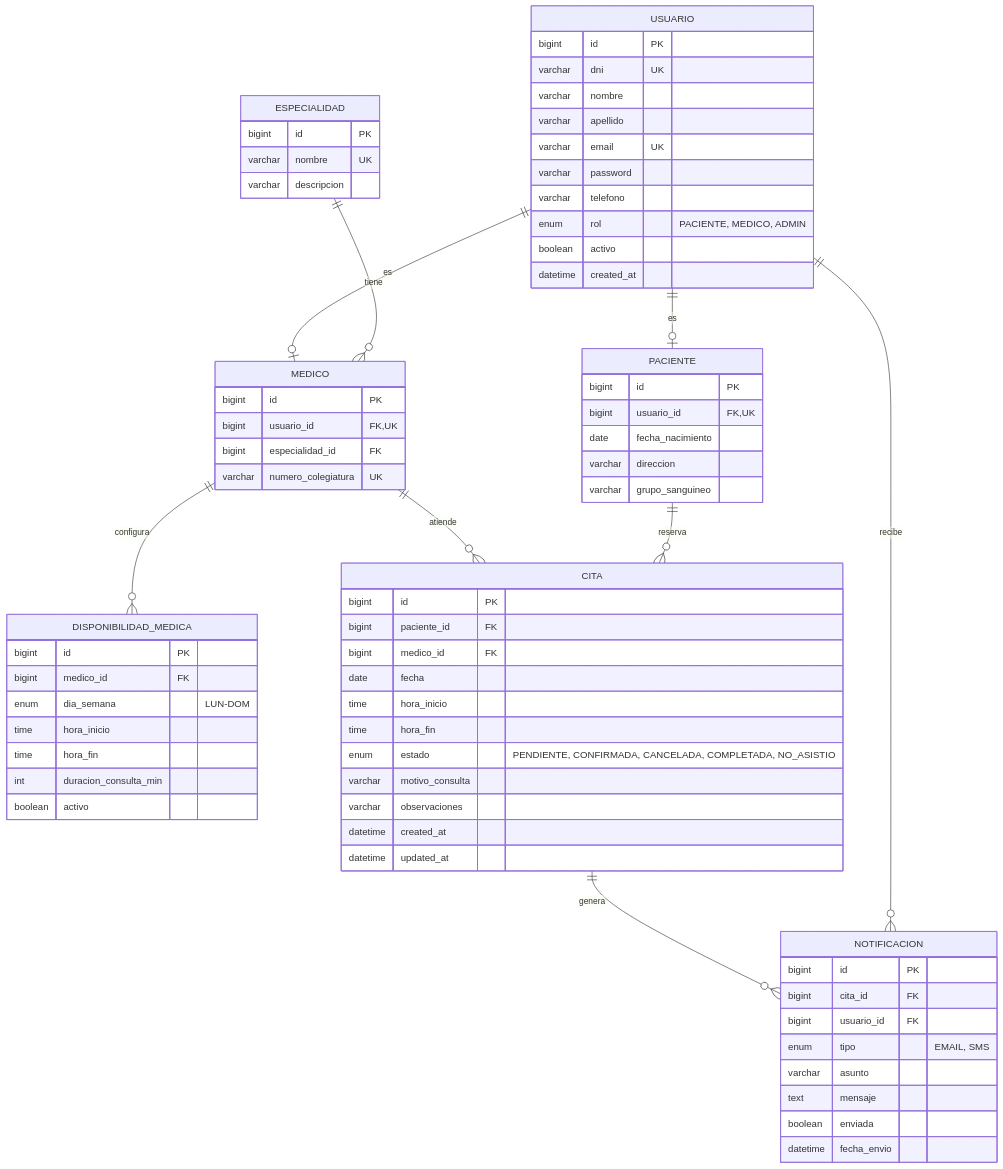
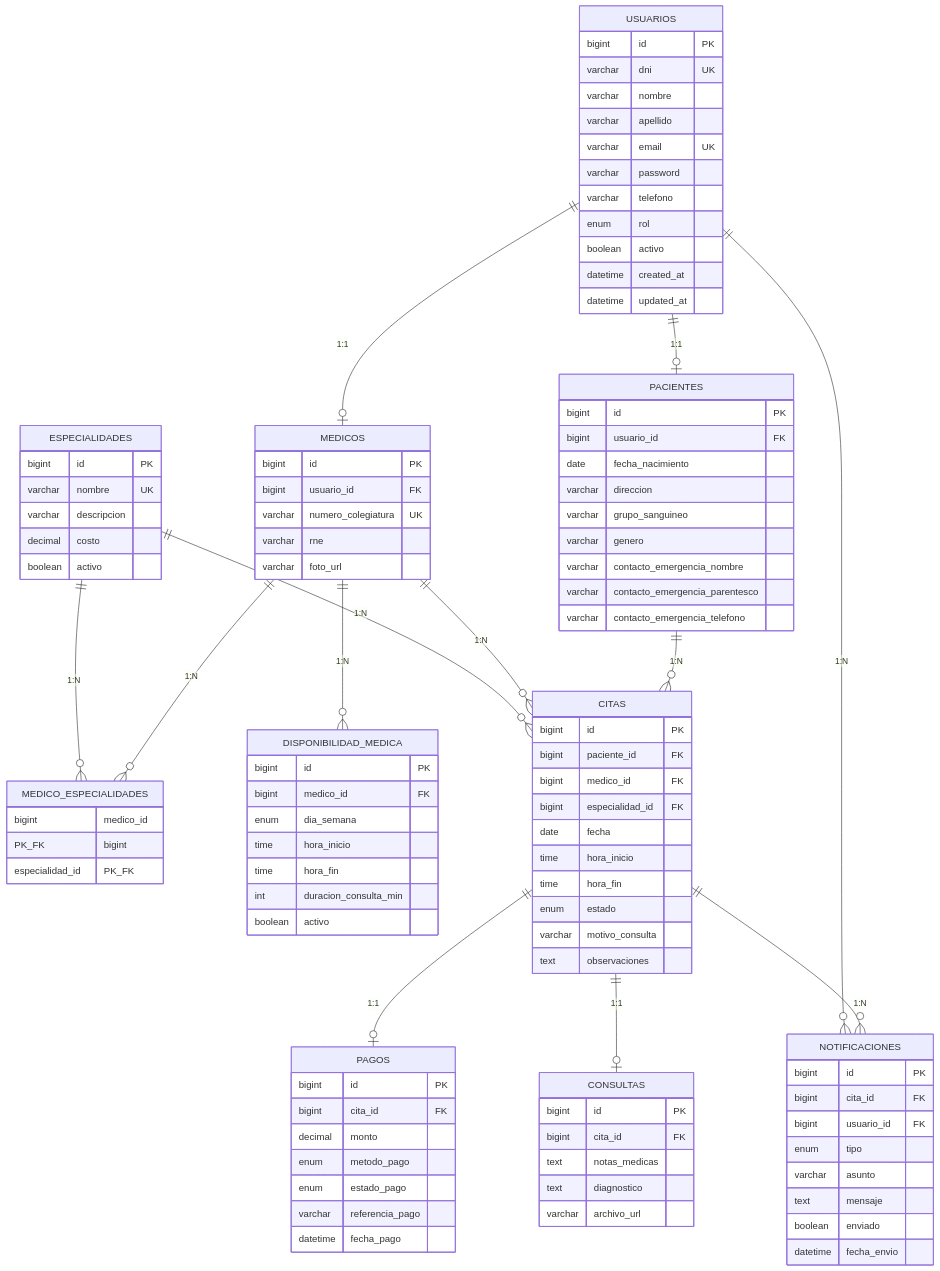
Before and after one commit to Alessandro-BS/Proyecto-Integrador: the second of 6 diagrams in README.md, drawn with Mermaid. The commit also changed other lines of this file, not shown here.

````diff
--- a/README.md
+++ b/README.md
@@ -175,6 +72,24 @@
 ```mermaid
 erDiagram
-    USUARIO {
+    USUARIOS ||--o| PACIENTES : "1:1"
+    USUARIOS ||--o| MEDICOS : "1:1"
+    
+    MEDICOS ||--o{ MEDICO_ESPECIALIDADES : "1:N"
+    ESPECIALIDADES ||--o{ MEDICO_ESPECIALIDADES : "1:N"
+    
+    MEDICOS ||--o{ DISPONIBILIDAD_MEDICA : "1:N"
+    
+    PACIENTES ||--o{ CITAS : "1:N"
+    MEDICOS ||--o{ CITAS : "1:N"
+    ESPECIALIDADES ||--o{ CITAS : "1:N"
+    
+    CITAS ||--o| PAGOS : "1:1"
+    CITAS ||--o| CONSULTAS : "1:1"
+    
+    CITAS ||--o{ NOTIFICACIONES : "1:N"
+    USUARIOS ||--o{ NOTIFICACIONES : "1:N"
+
+    USUARIOS {
         bigint id PK
         varchar dni UK
         varchar nombre
@@ -182,73 +97,94 @@
         varchar email UK
         varchar password
         varchar telefono
-        enum rol "PACIENTE, MEDICO, ADMIN"
+        enum rol
         boolean activo
         datetime created_at
+        datetime updated_at
     }
 
-    PACIENTE {
+    PACIENTES {
         bigint id PK
-        bigint usuario_id FK,UK
+        bigint usuario_id FK
         date fecha_nacimiento
         varchar direccion
         varchar grupo_sanguineo
+        varchar genero
+        varchar contacto_emergencia_nombre
+        varchar contacto_emergencia_parentesco
+        varchar contacto_emergencia_telefono
     }
 
-    ESPECIALIDAD {
+    MEDICOS {
+        bigint id PK
+        bigint usuario_id FK
+        varchar numero_colegiatura UK
+        varchar rne
+        varchar foto_url
+    }
+
+    ESPECIALIDADES {
         bigint id PK
         varchar nombre UK
         varchar descripcion
+        decimal costo
+        boolean activo
     }
 
-    MEDICO {
-        bigint id PK
-        bigint usuario_id FK,UK
-        bigint especialidad_id FK
-        varchar numero_colegiatura UK
+    MEDICO_ESPECIALIDADES {
+        bigint medico_id PK_FK
+        bigint especialidad_id PK_FK
     }
 
     DISPONIBILIDAD_MEDICA {
         bigint id PK
         bigint medico_id FK
-        enum dia_semana "LUN-DOM"
+        enum dia_semana
         time hora_inicio
         time hora_fin
         int duracion_consulta_min
         boolean activo
     }
 
-    CITA {
+    CITAS {
         bigint id PK
         bigint paciente_id FK
         bigint medico_id FK
+        bigint especialidad_id FK
         date fecha
         time hora_inicio
         time hora_fin
-        enum estado "PENDIENTE, CONFIRMADA, CANCELADA, COMPLETADA, NO_ASISTIO"
+        enum estado
         varchar motivo_consulta
-        varchar observaciones
-        datetime created_at
-        datetime updated_at
+        text observaciones
     }
 
-    NOTIFICACION {
+    CONSULTAS {
+        bigint id PK
+        bigint cita_id FK
+        text notas_medicas
+        text diagnostico
+        varchar archivo_url
+    }
+
+    PAGOS {
+        bigint id PK
+        bigint cita_id FK
+        decimal monto
+        enum metodo_pago
+        enum estado_pago
+        varchar referencia_pago
+        datetime fecha_pago
+    }
+
+    NOTIFICACIONES {
         bigint id PK
         bigint cita_id FK
         bigint usuario_id FK
-        enum tipo "EMAIL, SMS"
+        enum tipo
         varchar asunto
         text mensaje
-        boolean enviada
+        boolean enviado
         datetime fecha_envio
     }
-
-    USUARIO ||--o| PACIENTE : "es"
-    USUARIO ||--o| MEDICO : "es"
-    ESPECIALIDAD ||--o{ MEDICO : "tiene"
-    MEDICO ||--o{ DISPONIBILIDAD_MEDICA : "configura"
-    MEDICO ||--o{ CITA : "atiende"
-    PACIENTE ||--o{ CITA : "reserva"
-    CITA ||--o{ NOTIFICACION : "genera"
-    USUARIO ||--o{ NOTIFICACION : "recibe"
 ```
````
